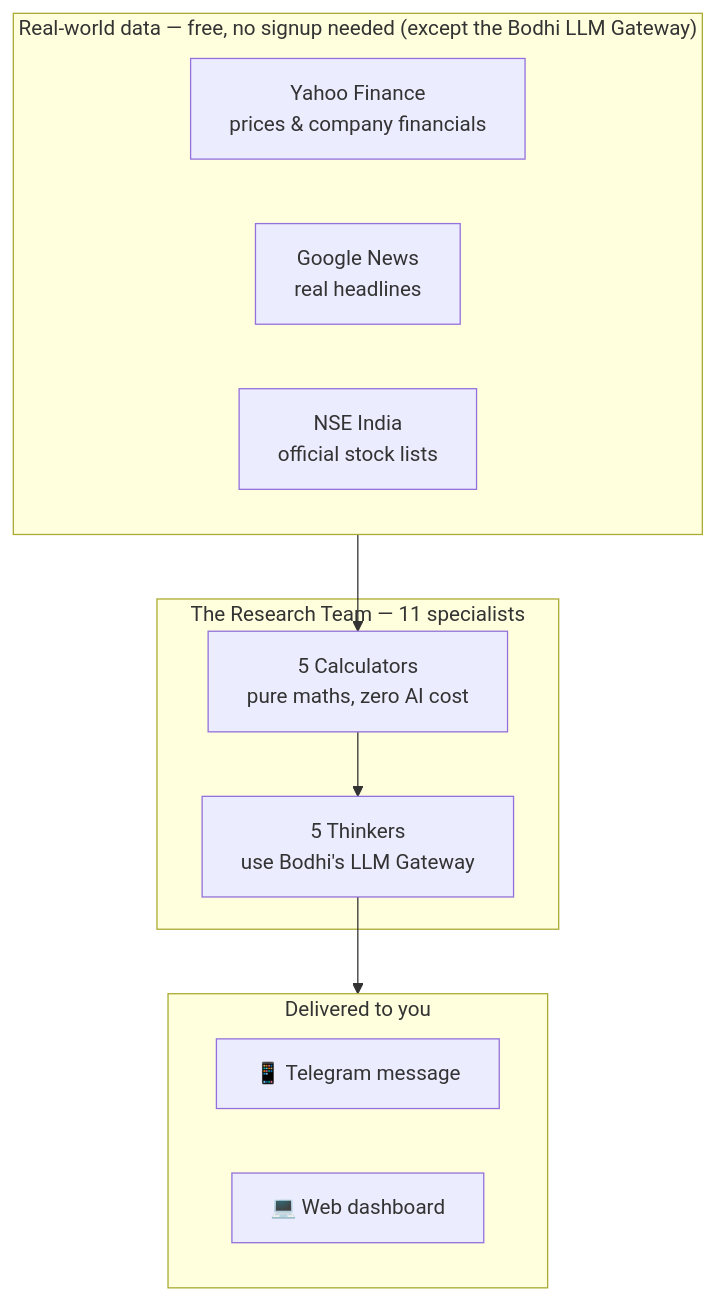
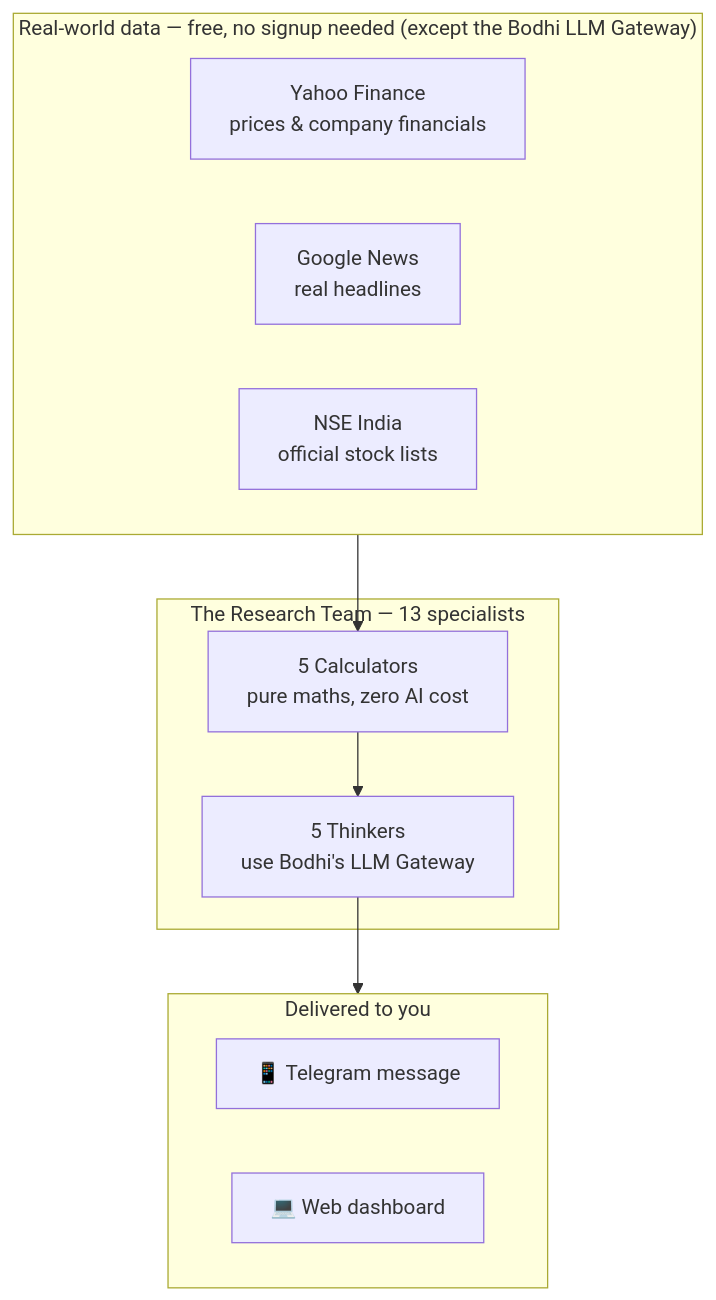
Before and after one commit to Diksha20Bhatia/ai-equity-analyst: the second of 4 diagrams in PROJECT_OVERVIEW.md, drawn with Mermaid. The commit also changed other lines of this file and 63 other files, not shown here.

````diff
--- a/PROJECT_OVERVIEW.md
+++ b/PROJECT_OVERVIEW.md
@@ -29,20 +50,20 @@
 ```mermaid
 flowchart TB
     subgraph Inputs["Real-world data — free, no signup needed (except the Bodhi LLM Gateway)"]
         YF["Yahoo Finance<br/>prices & company financials"]
         GN["Google News<br/>real headlines"]
         NSE["NSE India<br/>official stock lists"]
     end
 
-    subgraph Team["The Research Team — 11 specialists"]
+    subgraph Team["The Research Team — 13 specialists"]
         Calc["5 Calculators<br/>pure maths, zero AI cost"]
         Think["5 Thinkers<br/>use Bodhi's LLM Gateway"]
     end
 
     subgraph Outputs["Delivered to you"]
         TG["📱 Telegram message"]
         Dash["💻 Web dashboard"]
     end
 
     Inputs --> Calc --> Think --> Outputs
 ```
````
